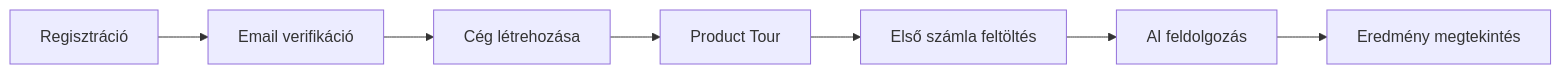
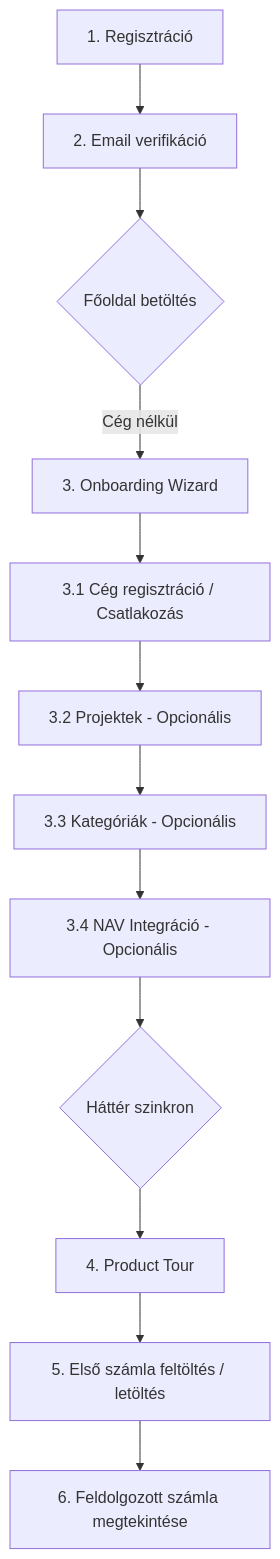
Before and after one commit to ThinkAI-Hungary/visibill-ea0dbcac: the first of 8 diagrams in docs/business/user-journeys.md, drawn with Mermaid. The commit also changed other lines of this file and 76 other files, not shown here.

````diff
--- a/docs/business/user-journeys.md
+++ b/docs/business/user-journeys.md
@@ -9,9 +9,14 @@
 ```mermaid
-graph LR
-    A[Regisztráció] --> B[Email verifikáció]
-    B --> C[Cég létrehozása]
-    C --> D[Product Tour]
-    D --> E[Első számla feltöltés]
-    E --> F[AI feldolgozás]
-    F --> G[Eredmény megtekintés]
+graph TD
+    A[1. Regisztráció] --> B[2. Email verifikáció]
+    B --> C{Főoldal betöltés}
+    C -->|Cég nélkül| D[3. Onboarding Wizard]
+    D --> D1[3.1 Cég regisztráció / Csatlakozás]
+    D1 --> D2[3.2 Projektek - Opcionális]
+    D2 --> D3[3.3 Kategóriák - Opcionális]
+    D3 --> D4[3.4 NAV Integráció - Opcionális]
+    D4 --> D5{Háttér szinkron}
+    D5 --> E[4. Product Tour]
+    E --> F[5. Első számla feltöltés / letöltés]
+    F --> G[6. Feldolgozott számla megtekintése]
 ```
````
